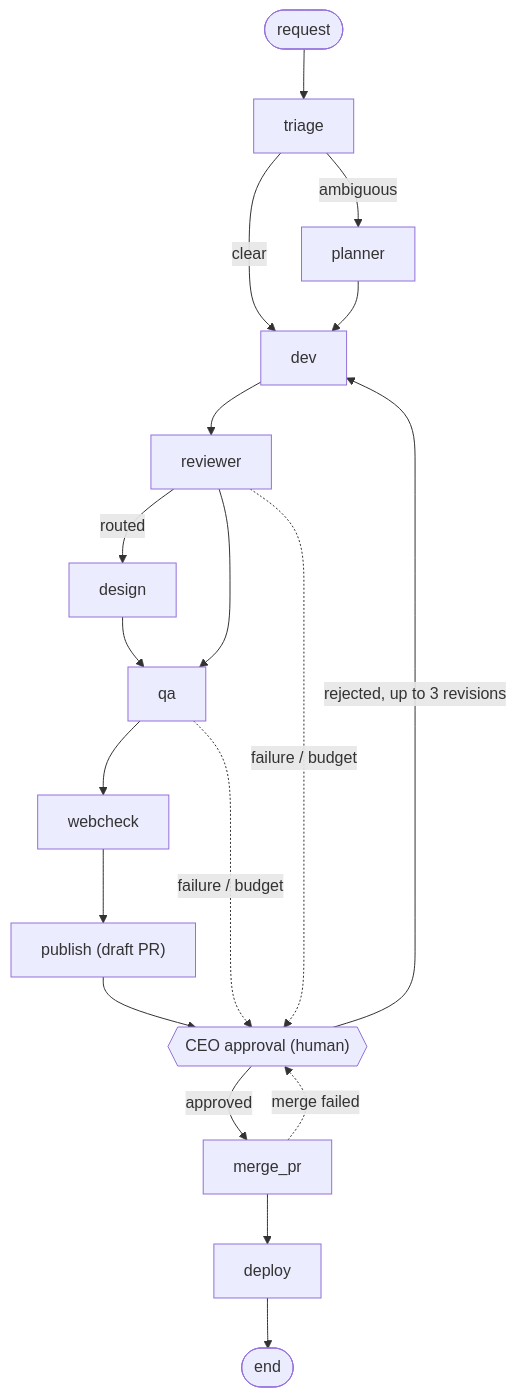
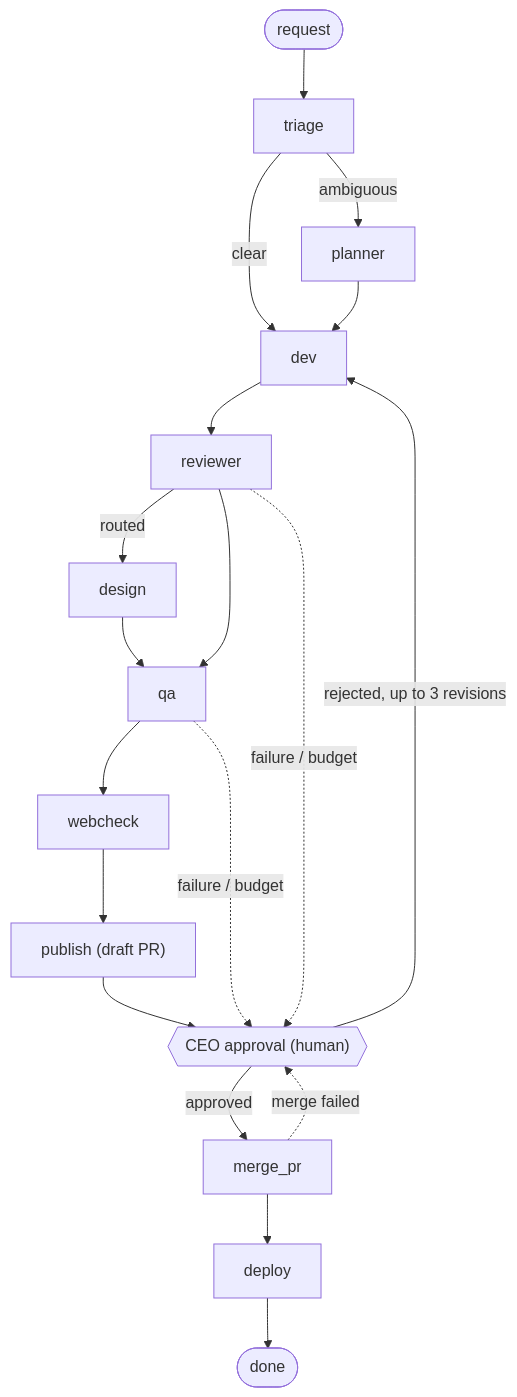
The diagram in README.md (venturelli-91/agent-softhouse-orchestrator), drawn with Mermaid before and after one commit. The commit also changed other lines of this file and 1 other file, not shown here.

````diff
--- a/README.md
+++ b/README.md
@@ -13,21 +13,21 @@
 ```mermaid
 flowchart TD
     S([request]) --> triage
     triage -->|clear| dev
     triage -->|ambiguous| planner
     planner --> dev
     dev --> reviewer
     reviewer -->|routed| design
     reviewer --> qa
     design --> qa
     qa --> webcheck
     webcheck --> publish["publish (draft PR)"]
     publish --> gate{{"CEO approval (human)"}}
     reviewer -.->|failure / budget| gate
     qa -.->|failure / budget| gate
     gate -->|rejected, up to 3 revisions| dev
     gate -->|approved| merge_pr
     merge_pr --> deploy
-    deploy --> E([end])
+    deploy --> E([done])
     merge_pr -.->|merge failed| gate
 ```
````
